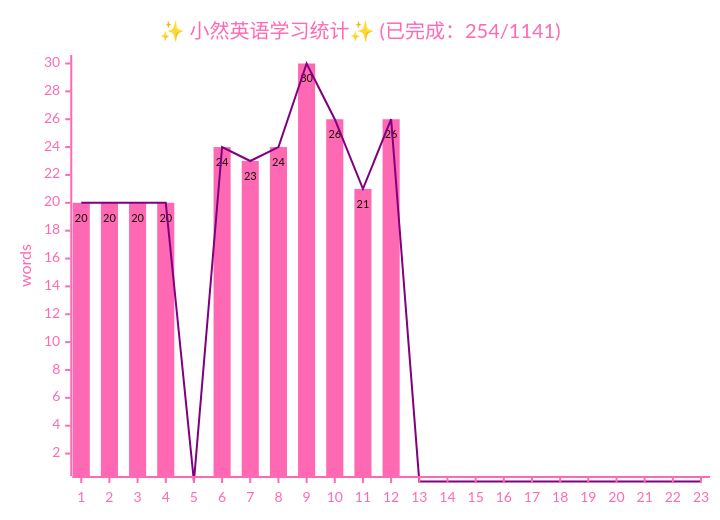
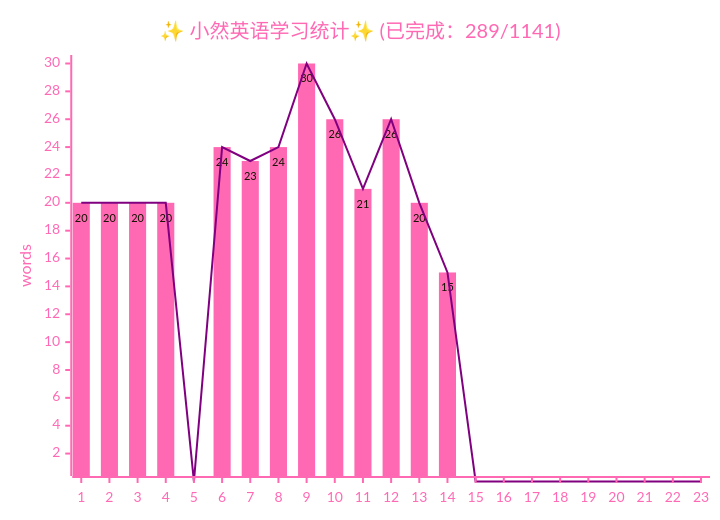
Before and after one commit to zsh-rc/zsh-rc.github.io: the diagram in docs/life-lessons/xiaoran/2026-xiaoran.md, drawn with Mermaid. The commit also changed 4 other files, not shown here.

```diff
--- a/docs/life-lessons/xiaoran/2026-xiaoran.md
+++ b/docs/life-lessons/xiaoran/2026-xiaoran.md
@@ -11,25 +11,25 @@
 ~~~mermaid
 ---
 config:
     xyChart:
         showDataLabel: true
     themeVariables:
         xyChart:
             titleColor: "#FF69B4"
             xAxisTitleColor: "#FF69B4"
             xAxisLabelColor: "#FF69B4"
             xAxisLineColor: "#FF69B4"
             xAxisTickColor: "#FF69B4"
             yAxisLabelColor: "#FF69B4"
             yAxisTitleColor: "#FF69B4"
             yAxisLineColor: "#FF69B4"
             yAxisTickColor: "#FF69B4"
             plotColorPalette: '#FF69B4, #800080'
 ---
 xychart
-    title "✨ 小然英语学习统计✨ (已完成：254/1141)"
+    title "✨ 小然英语学习统计✨ (已完成：289/1141)"
     y-axis "words" 1 --> 30
     x-axis [1,  2,  3,  4,  5,  6,  7,  8,  9,  10, 11, 12, 13, 14, 15, 16, 17, 18, 19, 20, 21, 22, 23]
-    bar    [20, 20, 20, 20, 0,  24, 23, 24, 30, 26,  21, 26,  0,  0,  0,  0,  0,  0,  0,  0,  0,  0,  0]
-    line   [20, 20, 20, 20, 0,  24, 23, 24, 30, 26,  21, 26,  0,  0,  0,  0,  0,  0,  0,  0,  0,  0,  0]
+    bar    [20, 20, 20, 20, 0,  24, 23, 24, 30, 26, 21, 26, 20, 15,  0,  0,  0,  0,  0,  0,  0,  0,  0]
+    line   [20, 20, 20, 20, 0,  24, 23, 24, 30, 26, 21, 26, 20, 15,  0,  0,  0,  0,  0,  0,  0,  0,  0]
 ~~~
```
